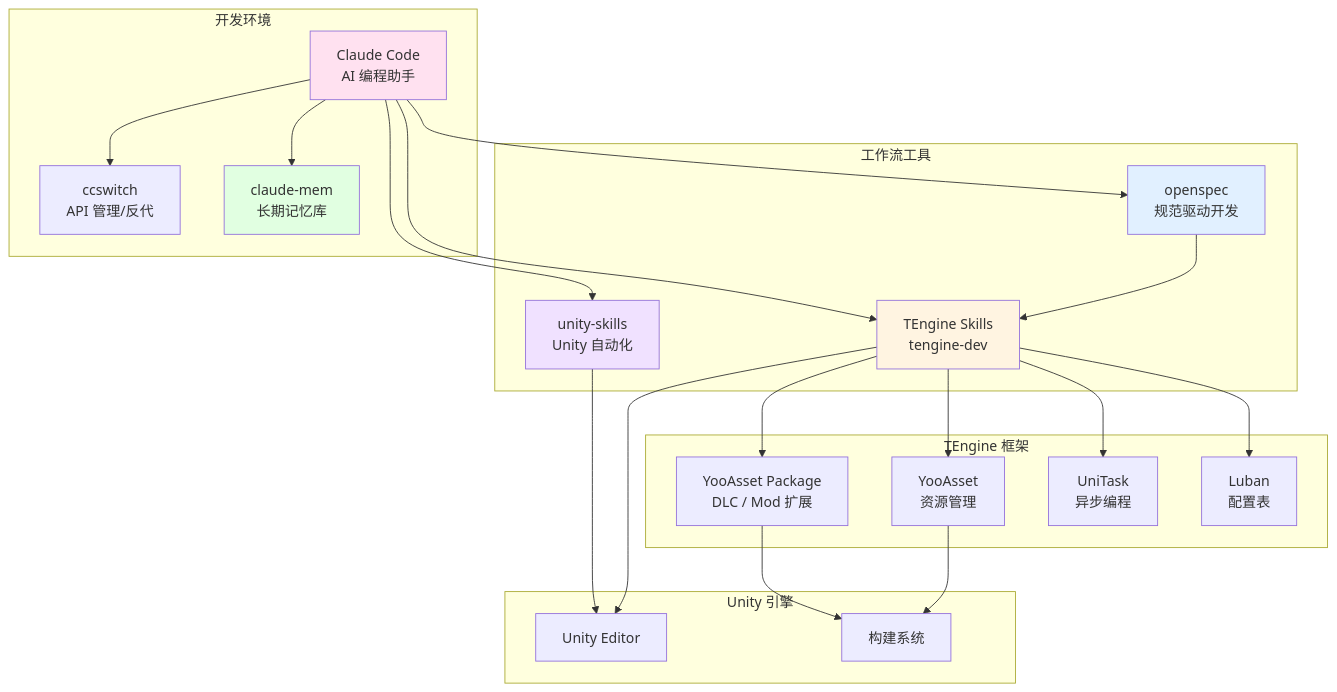
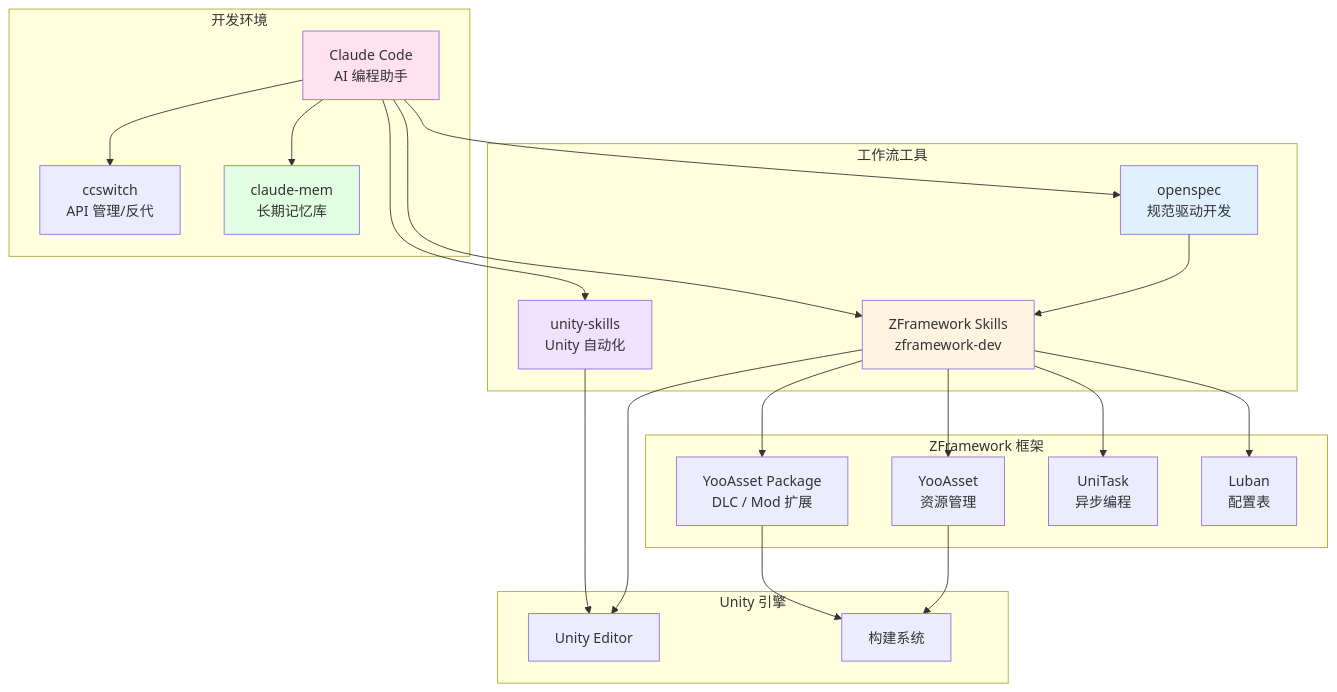
Diagram 16 of 17 in Books/AI-Development-Workflow.md (Hubr1zz/ZFramework), drawn with Mermaid before and after one commit. The commit also changed other lines of this file and 1773 other files, not shown here.

````diff
--- a/Books/AI-Development-Workflow.md
+++ b/Books/AI-Development-Workflow.md
@@ -1364,50 +1364,50 @@
 ```mermaid
 graph TB
     subgraph "开发环境"
         Claude[Claude Code<br/>AI 编程助手]
         ccswitch[ccswitch<br/>API 管理/反代]
         mem[claude-mem<br/>长期记忆库]
     end
 
     subgraph "工作流工具"
         openspec[openspec<br/>规范驱动开发]
-        skills[TEngine Skills<br/>tengine-dev]
+        skills[ZFramework Skills<br/>zframework-dev]
         unity[unity-skills<br/>Unity 自动化]
     end
 
-    subgraph "TEngine 框架"
+    subgraph "ZFramework 框架"
         content[YooAsset Package<br/>DLC / Mod 扩展]
         yoo[YooAsset<br/>资源管理]
         uni[UniTask<br/>异步编程]
         luban[Luban<br/>配置表]
     end
 
     subgraph "Unity 引擎"
         editor[Unity Editor]
         build[构建系统]
     end
 
     Claude --> ccswitch
     Claude --> mem
     Claude --> openspec
     Claude --> skills
     Claude --> unity
 
     openspec --> skills
     skills --> content
     skills --> yoo
     skills --> uni
     skills --> luban
 
     unity --> editor
     skills --> editor
 
     content --> build
     yoo --> build
 
     style Claude fill:#ffe1f0
     style mem fill:#e1ffe1
     style openspec fill:#e1f0ff
     style skills fill:#fff4e1
     style unity fill:#f0e1ff
 ```
````
